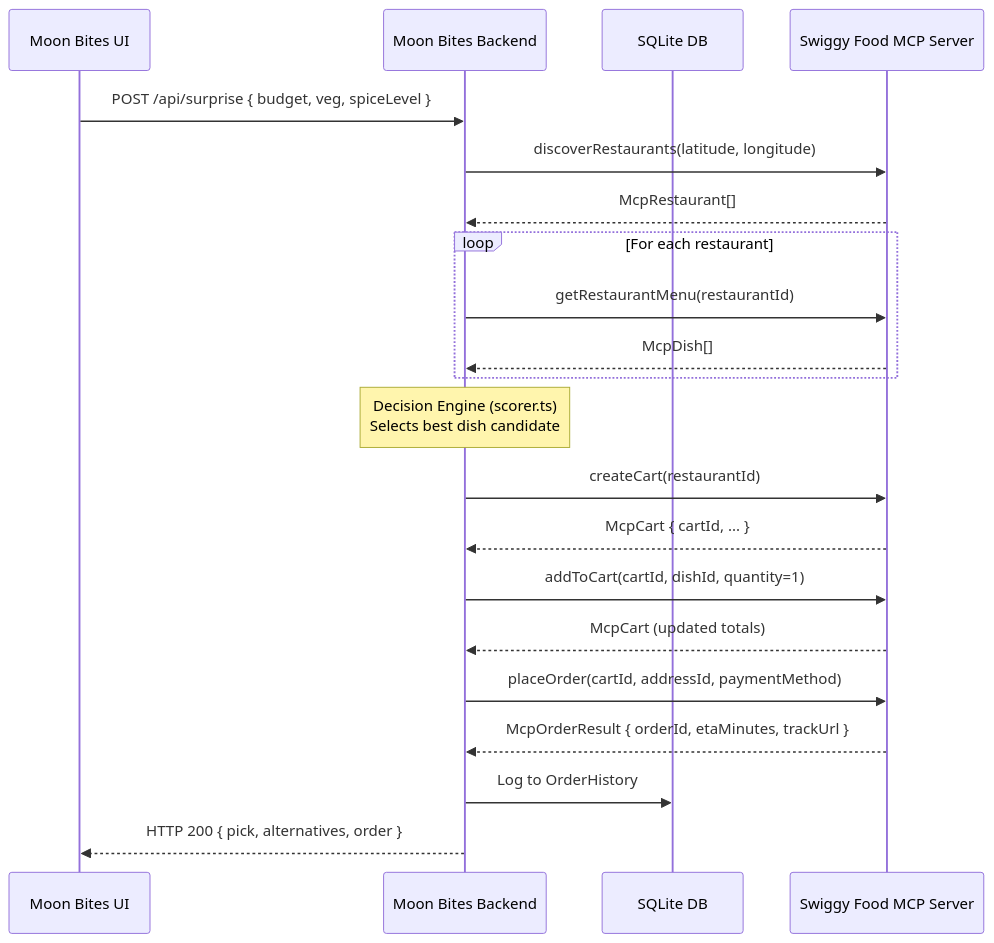
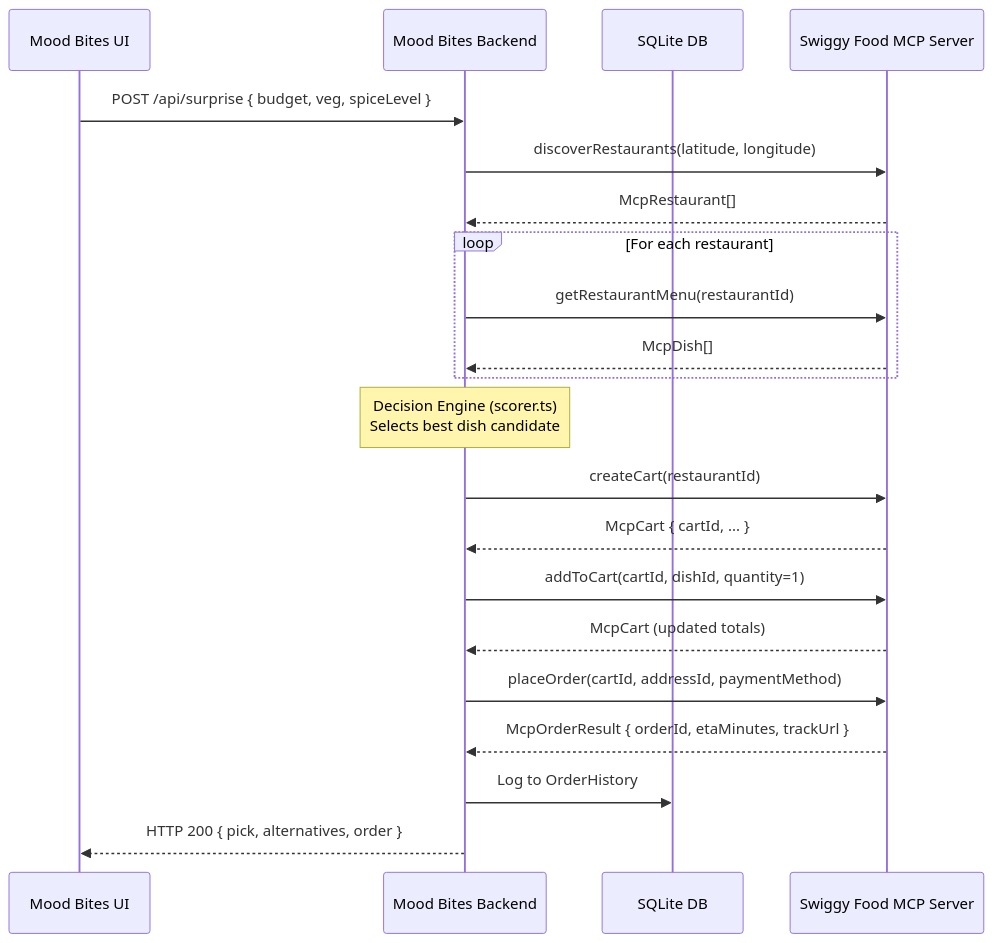
Before and after one commit to shukla-0007/moon-bites: the first of 3 diagrams in docs/MCP_TOOL_CHAINS.md, drawn with Mermaid. The commit also changed other lines of this file and 9 other files, not shown here.

Commit message:
refactor: rename Moon Bites to Mood Bites project-wide

````diff
--- a/docs/MCP_TOOL_CHAINS.md
+++ b/docs/MCP_TOOL_CHAINS.md
@@ -12,24 +12,24 @@
 ```mermaid
 sequenceDiagram
-    participant User as Moon Bites UI
-    participant Server as Moon Bites Backend
+    participant User as Mood Bites UI
+    participant Server as Mood Bites Backend
     participant DB as SQLite DB
     participant MCP as Swiggy Food MCP Server
 
     User->>Server: POST /api/surprise { budget, veg, spiceLevel }
     Server->>MCP: discoverRestaurants(latitude, longitude)
     MCP-->>Server: McpRestaurant[]
     loop For each restaurant
         Server->>MCP: getRestaurantMenu(restaurantId)
         MCP-->>Server: McpDish[]
     end
     Note over Server: Decision Engine (scorer.ts)<br/>Selects best dish candidate
     Server->>MCP: createCart(restaurantId)
     MCP-->>Server: McpCart { cartId, ... }
     Server->>MCP: addToCart(cartId, dishId, quantity=1)
     MCP-->>Server: McpCart (updated totals)
     Server->>MCP: placeOrder(cartId, addressId, paymentMethod)
     MCP-->>Server: McpOrderResult { orderId, etaMinutes, trackUrl }
     Server->>DB: Log to OrderHistory
     Server-->>User: HTTP 200 { pick, alternatives, order }
 ```
````
